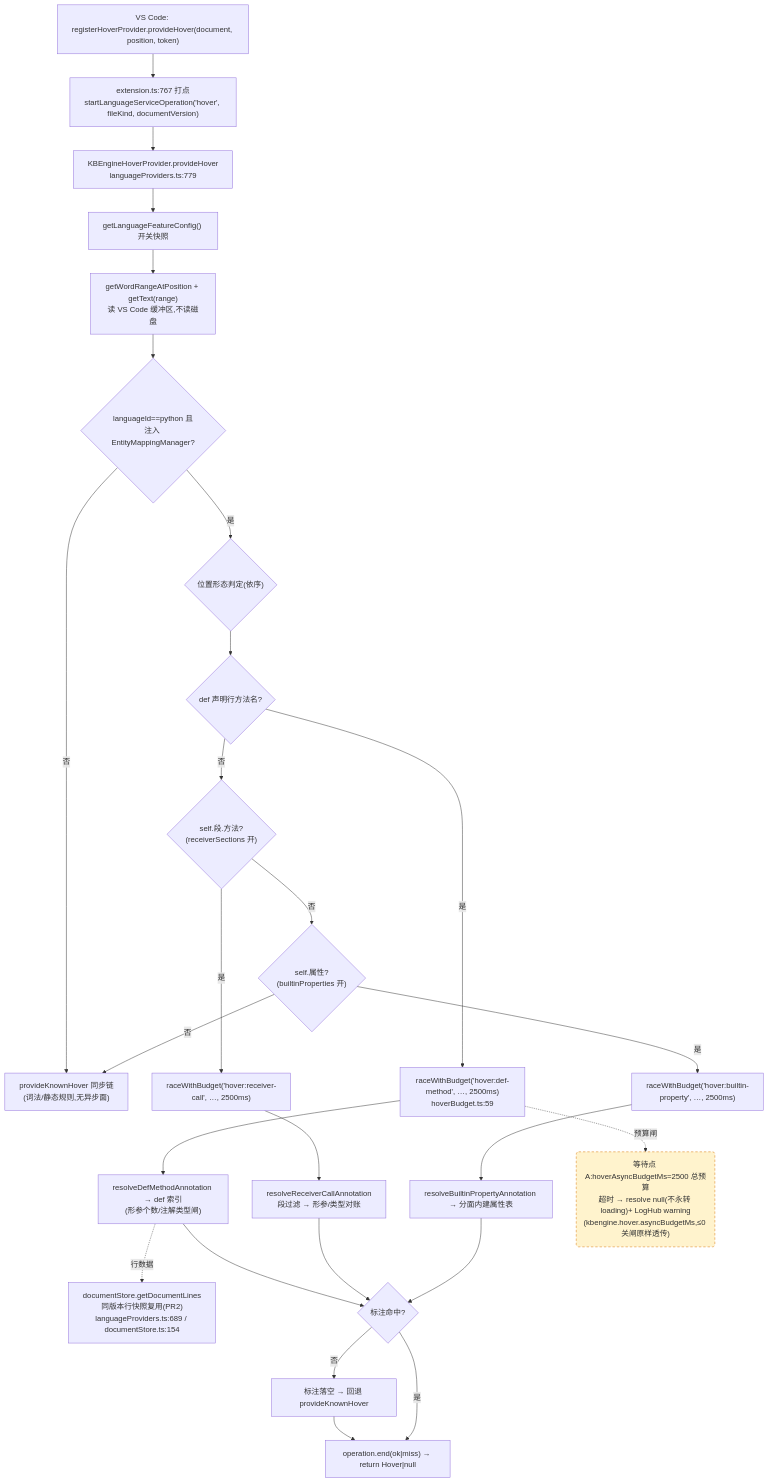
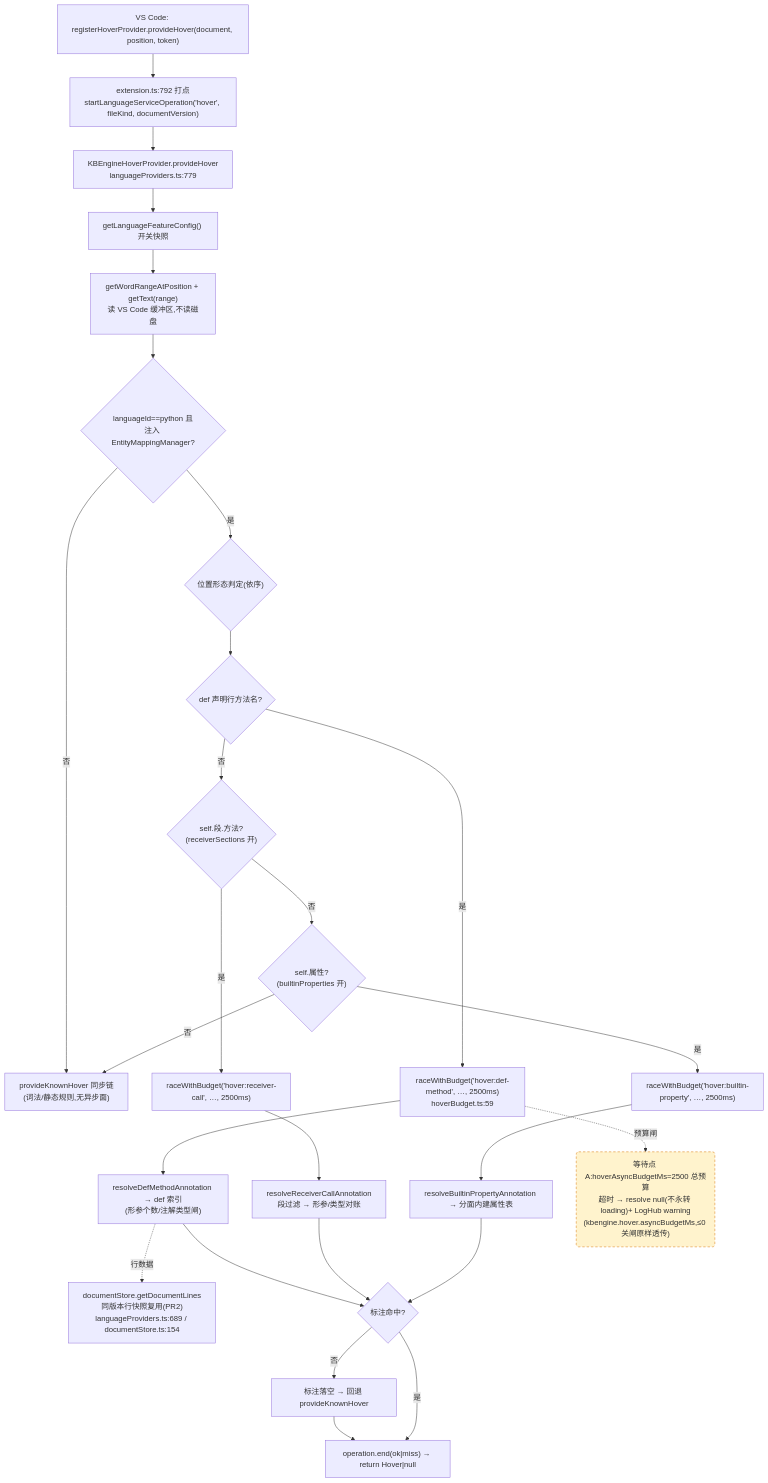
One commit to cuihairu/kode changed the first of 4 diagrams in docs/perf/2026-baseline.md. Above: the diagram before and after it, drawn with Mermaid. The commit also changed other lines of this file and 20 other files, not shown here.

````diff
--- a/docs/perf/2026-baseline.md
+++ b/docs/perf/2026-baseline.md
@@ -82,45 +82,45 @@
 ```mermaid
 flowchart TD
   VC1["VS Code: registerHoverProvider.provideHover(document, position, token)"]
-  M1["extension.ts:767 打点<br/>startLanguageServiceOperation('hover', fileKind, documentVersion)"]
+  M1["extension.ts:792 打点<br/>startLanguageServiceOperation('hover', fileKind, documentVersion)"]
   HP["KBEngineHoverProvider.provideHover<br/>languageProviders.ts:779"]
   CFG["getLanguageFeatureConfig() 开关快照"]
   WORD["getWordRangeAtPosition + getText(range)<br/>读 VS Code 缓冲区,不读磁盘"]
   BR{"languageId==python 且<br/>注入 EntityMappingManager?"}
   KN["provideKnownHover 同步链<br/>(词法/静态规则,无异步面)"]
   POS{"位置形态判定(依序)"}
   D1{"def 声明行方法名?"}
   D2{"self.段.方法?<br/>(receiverSections 开)"}
   D3{"self.属性?<br/>(builtinProperties 开)"}
   RA1["raceWithBudget('hover:def-method', …, 2500ms)<br/>hoverBudget.ts:59"]
   RA2["raceWithBudget('hover:receiver-call', …, 2500ms)"]
   RA3["raceWithBudget('hover:builtin-property', …, 2500ms)"]
   RS1["resolveDefMethodAnnotation → def 索引<br/>(形参个数/注解类型闸)"]
   RS2["resolveReceiverCallAnnotation<br/>段过滤 → 形参/类型对账"]
   RS3["resolveBuiltinPropertyAnnotation → 分面内建属性表"]
   LINES["documentStore.getDocumentLines<br/>同版本行快照复用(PR2)<br/>languageProviders.ts:689 / documentStore.ts:154"]
   MISS["标注落空 → 回退 provideKnownHover"]
   END1["operation.end(ok|miss) → return Hover|null"]
 
   VC1 --> M1 --> HP --> CFG --> WORD --> BR
   BR -- "否" --> KN
   BR -- "是" --> POS --> D1
   D1 -- "是" --> RA1 --> RS1
   D1 -- "否" --> D2
   D2 -- "是" --> RA2 --> RS2
   D2 -- "否" --> D3
   D3 -- "是" --> RA3 --> RS3
   D3 -- "否" --> KN
   RS1 --> HIT{"标注命中?"}
   RS2 --> HIT
   RS3 --> HIT
   RS1 -.->|行数据| LINES
   HIT -- "否" --> MISS --> END1
   HIT -- "是" --> END1
 
   WAITA("等待点 A:hoverAsyncBudgetMs=2500 总预算<br/>超时 → resolve null(不永转 loading)+ LogHub warning<br/>(kbengine.hover.asyncBudgetMs,≤0 关闸原样透传)")
   RA1 -.->|预算闸| WAITA
 
   classDef waitPoint fill:#fff3cd,stroke:#d97706,stroke-dasharray:5 4;
   class WAITA waitPoint;
 ```
````
